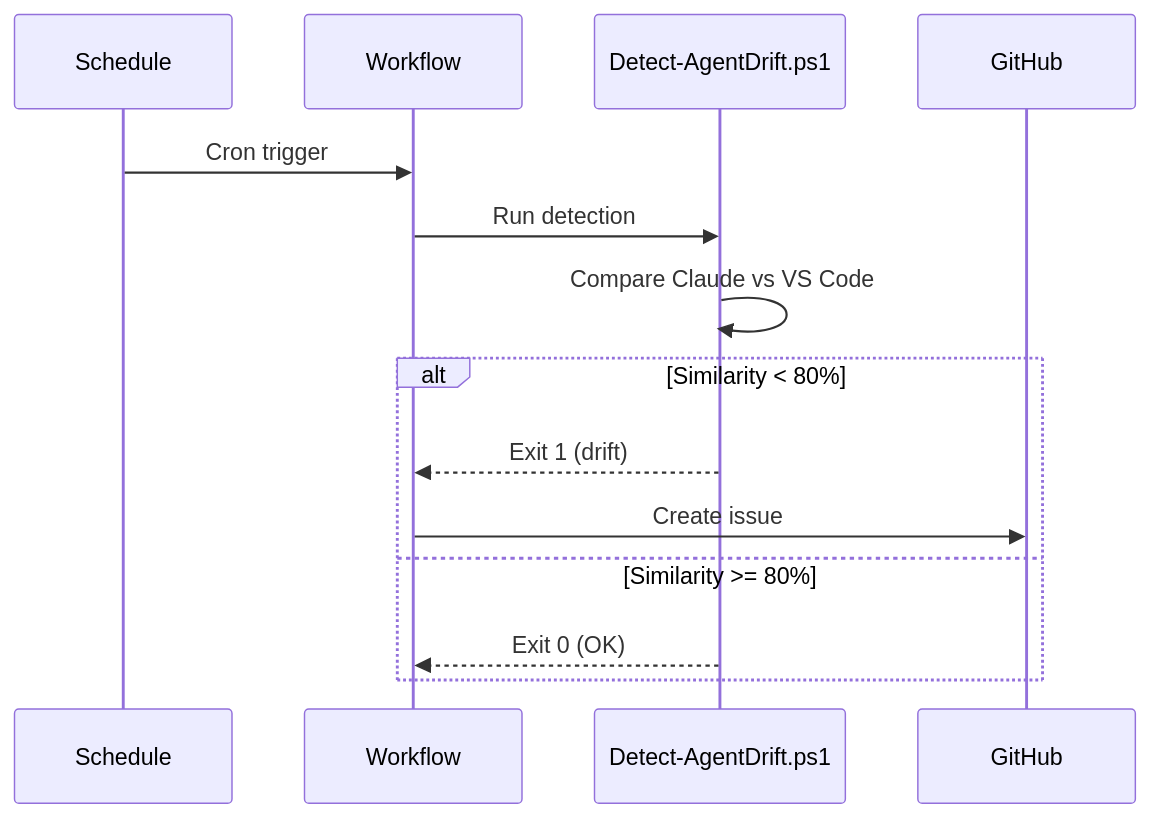
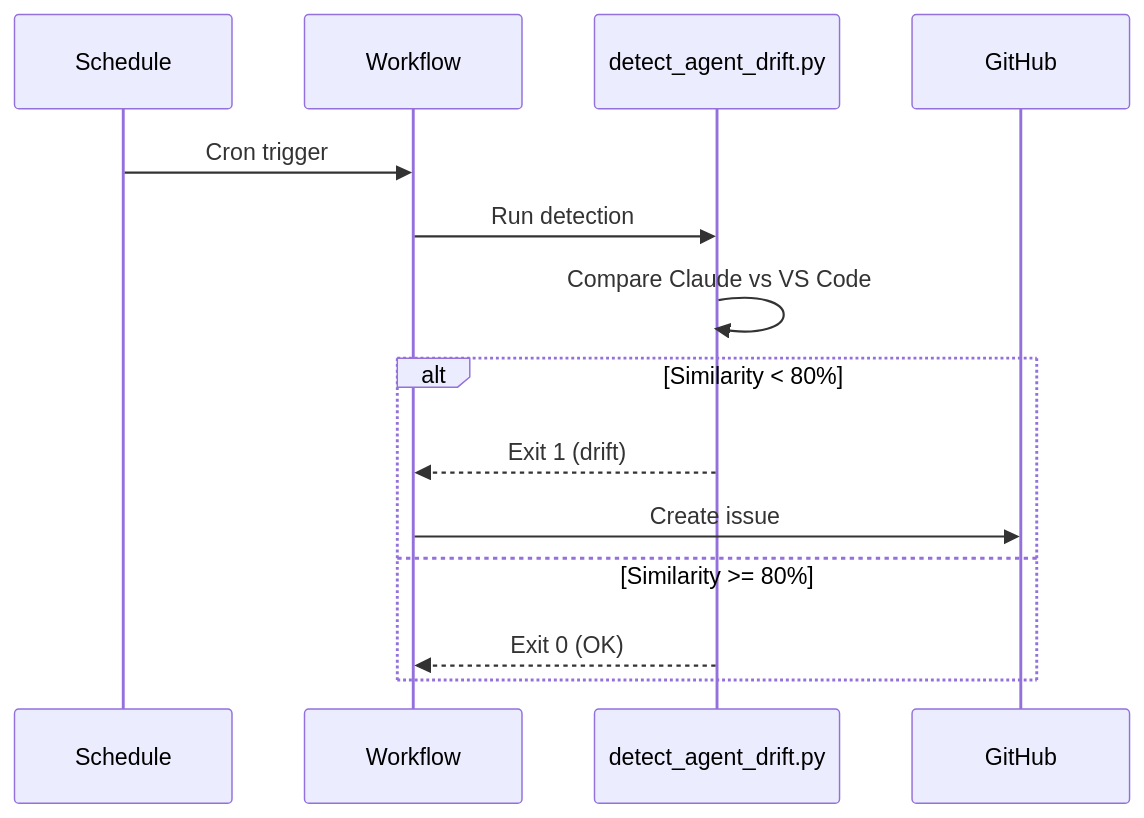
One commit to rjmurillo/ai-agents changed the third of 7 diagrams in .github/AGENTS.md. Above: the diagram before and after it, drawn with Mermaid. The commit also changed other lines of this file and 7 other files, not shown here.

````diff
--- a/.github/AGENTS.md
+++ b/.github/AGENTS.md
@@ -251,17 +251,17 @@
 ```mermaid
 sequenceDiagram
     participant Schedule
     participant Workflow
-    participant Script as Detect-AgentDrift.ps1
+    participant Script as detect_agent_drift.py
     participant GitHub
 
     Schedule->>Workflow: Cron trigger
     Workflow->>Script: Run detection
     Script->>Script: Compare Claude vs VS Code
     alt Similarity < 80%
         Script-->>Workflow: Exit 1 (drift)
         Workflow->>GitHub: Create issue
     else Similarity >= 80%
         Script-->>Workflow: Exit 0 (OK)
     end
 ```
````
